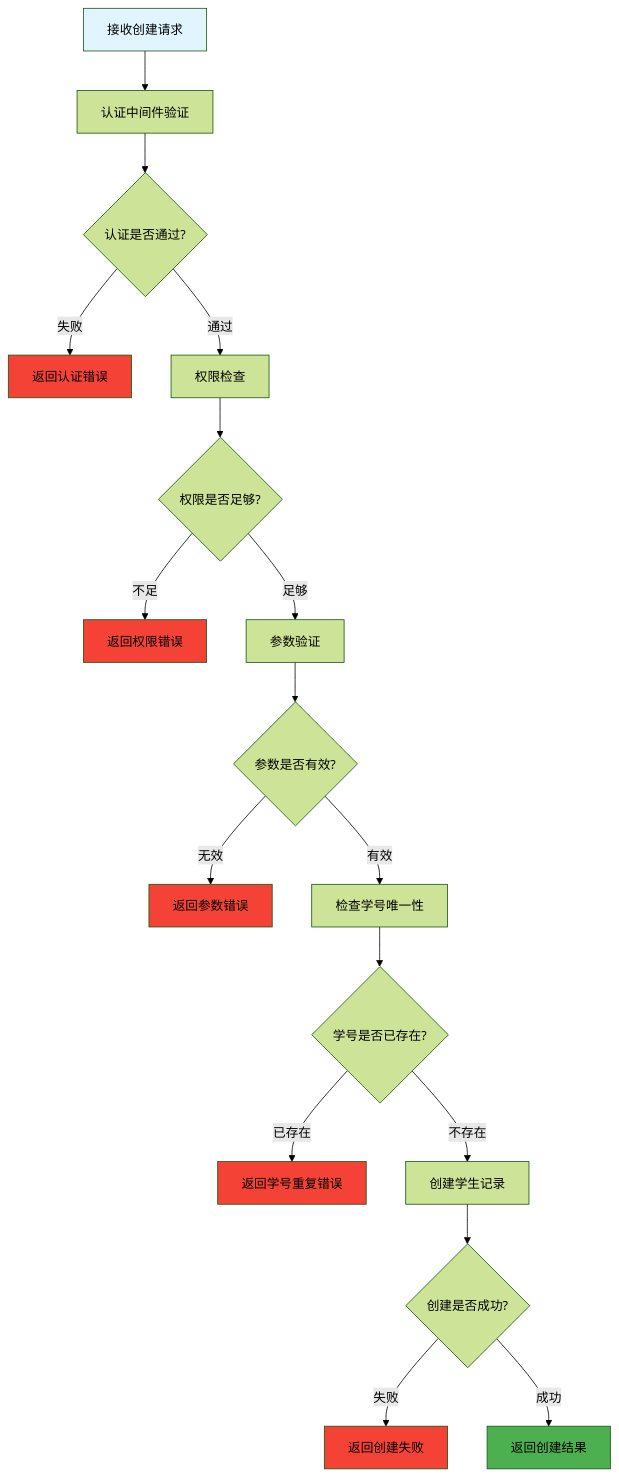
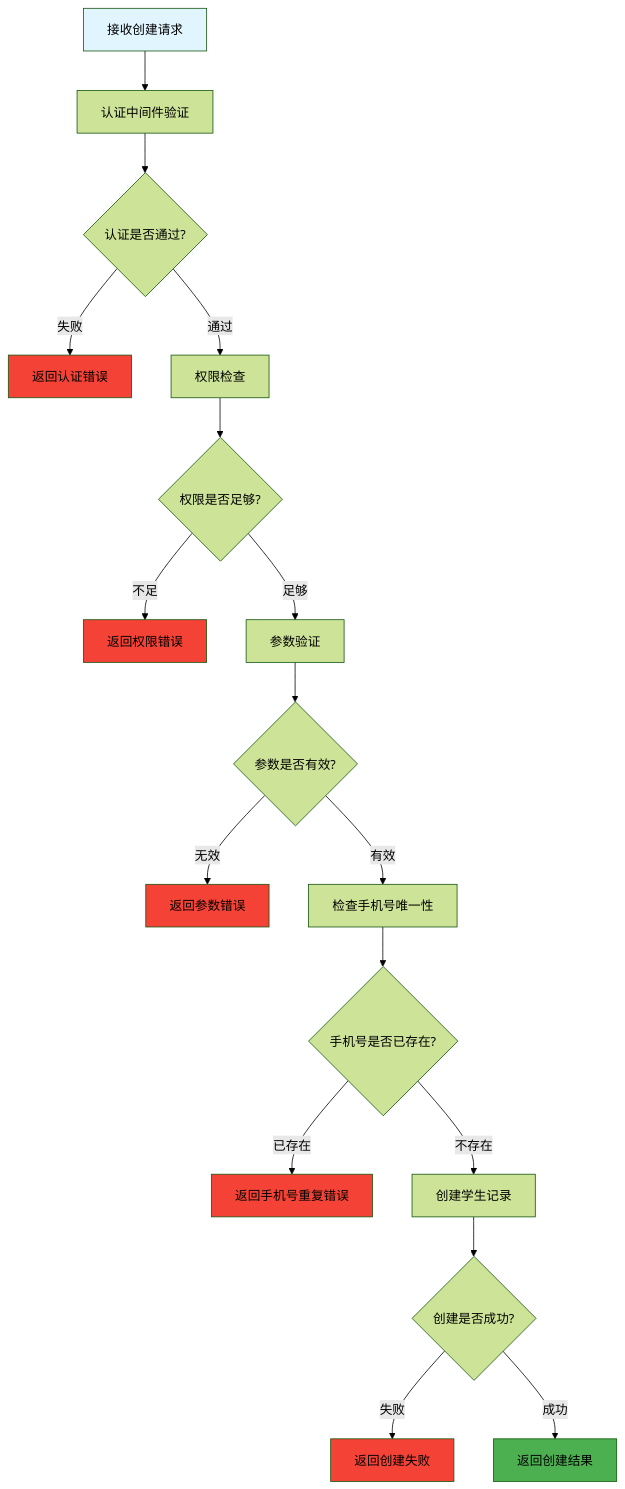
Before and after one commit to imatrixme/ikanyue: the diagram in ikanyue.mapi.hono/src/routes/student/create.js.md, drawn with Mermaid (forest theme). The commit also changed other lines of this file and 10 other files, not shown here.

````diff
--- a/ikanyue.mapi.hono/src/routes/student/create.js.md
+++ b/ikanyue.mapi.hono/src/routes/student/create.js.md
@@ -9,27 +9,27 @@
 ```mermaid
 flowchart TD
     A[接收创建请求] --> B[认证中间件验证]
     B --> C{认证是否通过?}
     C -->|失败| D[返回认证错误]
     C -->|通过| E[权限检查]
     E --> F{权限是否足够?}
     F -->|不足| G[返回权限错误]
     F -->|足够| H[参数验证]
     H --> I{参数是否有效?}
     I -->|无效| J[返回参数错误]
-    I -->|有效| K[检查学号唯一性]
-    K --> L{学号是否已存在?}
-    L -->|已存在| M[返回学号重复错误]
+    I -->|有效| K[检查手机号唯一性]
+    K --> L{手机号是否已存在?}
+    L -->|已存在| M[返回手机号重复错误]
     L -->|不存在| N[创建学生记录]
     N --> O{创建是否成功?}
     O -->|失败| P[返回创建失败]
     O -->|成功| Q[返回创建结果]
 
     style A fill:#e1f5fe
     style Q fill:#4caf50
     style D fill:#f44336
     style G fill:#f44336
     style J fill:#f44336
     style M fill:#f44336
     style P fill:#f44336
 ```
````
